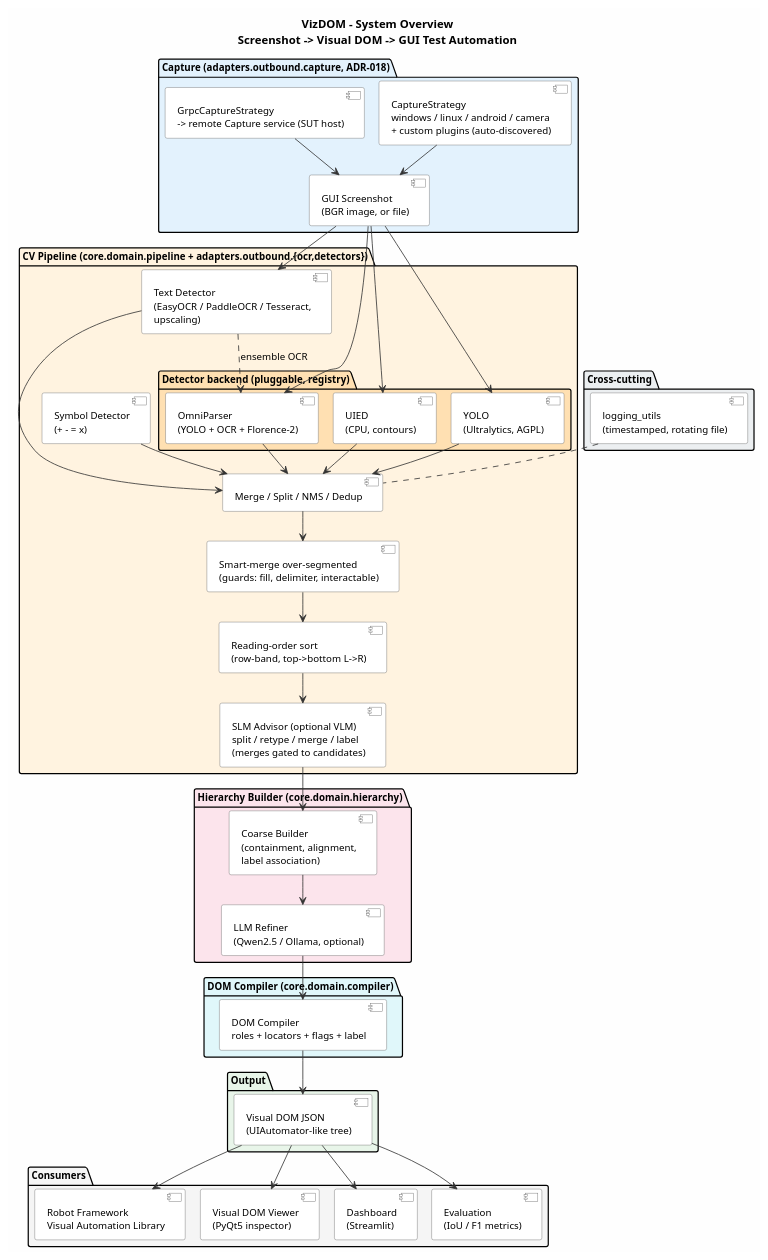
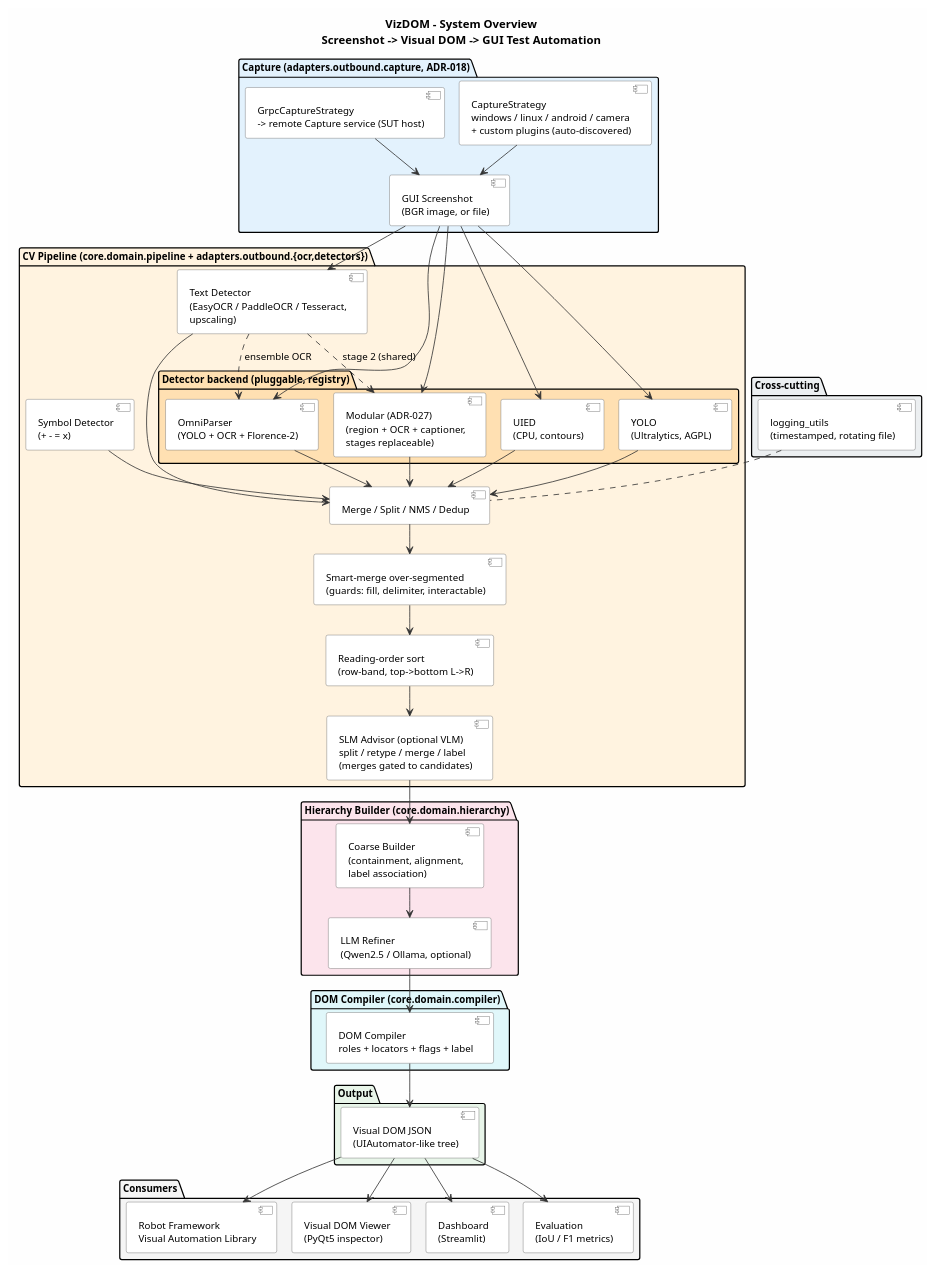
The diagram in docs/diagrams/system_overview.puml (milanac030988/vizdom), drawn with PlantUML before and after one commit. The commit also changed 3 other files, not shown here.

First line of the commit message:
docs(diagrams): add the ADR-027 modular detector to the architecture diagrams

```diff
--- a/docs/diagrams/system_overview.puml
+++ b/docs/diagrams/system_overview.puml
@@ -1,89 +1,93 @@
 @startuml System_Overview
 !pragma layout smetana
 
 skinparam backgroundColor #FEFEFE
 skinparam defaultFontSize 12
 skinparam defaultFontName Arial
 skinparam component {
     BackgroundColor #FFFFFF
     BorderColor #666666
     ArrowColor #333333
 }
 
 title VizDOM - System Overview\nScreenshot -> Visual DOM -> GUI Test Automation
 
 package "Capture (adapters.outbound.capture, ADR-018)" #E3F2FD {
     [CaptureStrategy\nwindows / linux / android / camera\n+ custom plugins (auto-discovered)] as capture
     [GrpcCaptureStrategy\n-> remote Capture service (SUT host)] as rcapture
     [GUI Screenshot\n(BGR image, or file)] as screenshot
 }
 
 package "CV Pipeline (core.domain.pipeline + adapters.outbound.{ocr,detectors})" #FFF3E0 {
     [Text Detector\n(EasyOCR / PaddleOCR / Tesseract,\nupscaling)] as ocr
 
     package "Detector backend (pluggable, registry)" #FFE0B2 {
         [UIED\n(CPU, contours)] as uied
         [YOLO\n(Ultralytics, AGPL)] as yolo
         [OmniParser\n(YOLO + OCR + Florence-2)] as omni
+        [Modular (ADR-027)\n(region + OCR + captioner,\nstages replaceable)] as modular
     }
 
     [Symbol Detector\n(+ - = x)] as symbol
     [Merge / Split / NMS / Dedup] as merge
     [Smart-merge over-segmented\n(guards: fill, delimiter, interactable)] as smerge
     [Reading-order sort\n(row-band, top->bottom L->R)] as order
     [SLM Advisor (optional VLM)\nsplit / retype / merge / label\n(merges gated to candidates)] as slm
 }
 
 package "Hierarchy Builder (core.domain.hierarchy)" #FCE4EC {
     [Coarse Builder\n(containment, alignment,\nlabel association)] as coarse
     [LLM Refiner\n(Qwen2.5 / Ollama, optional)] as llm_refine
 }
 
 package "DOM Compiler (core.domain.compiler)" #E0F7FA {
     [DOM Compiler\nroles + locators + flags + label] as compiler
 }
 
 package "Output" #E8F5E9 {
     [Visual DOM JSON\n(UIAutomator-like tree)] as dom_json
 }
 
 package "Consumers" #F5F5F5 {
     [Robot Framework\nVisual Automation Library] as robot
     [Visual DOM Viewer\n(PyQt5 inspector)] as viewer
     [Dashboard\n(Streamlit)] as dash
     [Evaluation\n(IoU / F1 metrics)] as eval
 }
 
 package "Cross-cutting" #ECEFF1 {
     [logging_utils\n(timestamped, rotating file)] as logx
 }
 
 capture --> screenshot
 rcapture --> screenshot
 screenshot --> ocr
 screenshot --> uied
 screenshot --> yolo
 screenshot --> omni
+screenshot --> modular
 ocr ..> omni : ensemble OCR
+ocr ..> modular : stage 2 (shared)
 
 uied --> merge
 yolo --> merge
 omni --> merge
+modular --> merge
 ocr --> merge
 symbol --> merge
 merge --> smerge
 smerge --> order
 order --> slm
 slm --> coarse
 
 coarse --> llm_refine
 llm_refine --> compiler
 compiler --> dom_json
 
 dom_json --> robot
 dom_json --> viewer
 dom_json --> dash
 dom_json --> eval
 
 logx .. merge
 @enduml
```
